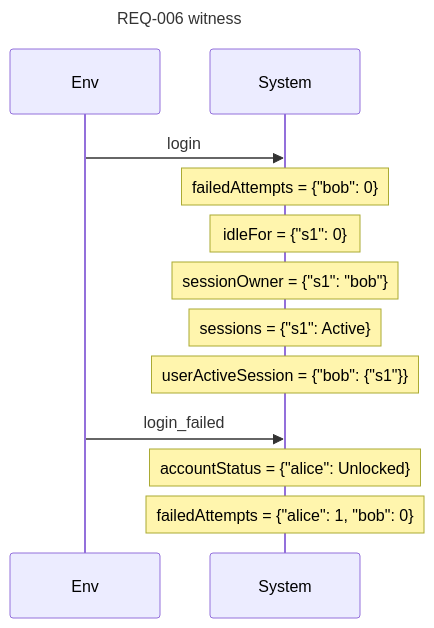
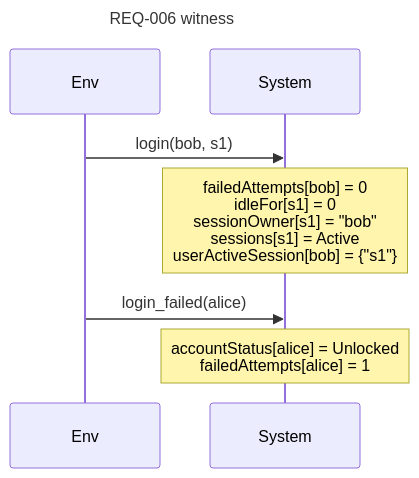
One commit to AlesKracik/quintessence changed the seventh of 9 diagrams in examples/specs/auth.readback.md. Above: the diagram before and after it, drawn with Mermaid. The commit also changed other lines of this file and 17 other files, not shown here.

````diff
--- a/examples/specs/auth.readback.md
+++ b/examples/specs/auth.readback.md
@@ -545,15 +554,10 @@
 ```mermaid
 sequenceDiagram
     title REQ-006 witness
     participant E as Env
     participant S as System
-    E->>S: login
-    Note over S: failedAttempts = {"bob": 0}
-    Note over S: idleFor = {"s1": 0}
-    Note over S: sessionOwner = {"s1": "bob"}
-    Note over S: sessions = {"s1": Active}
-    Note over S: userActiveSession = {"bob": {"s1"}}
-    E->>S: login_failed
-    Note over S: accountStatus = {"alice": Unlocked}
-    Note over S: failedAttempts = {"alice": 1, "bob": 0}
+    E->>S: login(bob, s1)
+    Note over S: failedAttempts[bob] = 0<br/>idleFor[s1] = 0<br/>sessionOwner[s1] = "bob"<br/>sessions[s1] = Active<br/>userActiveSession[bob] = {"s1"}
+    E->>S: login_failed(alice)
+    Note over S: accountStatus[alice] = Unlocked<br/>failedAttempts[alice] = 1
 ```
````
